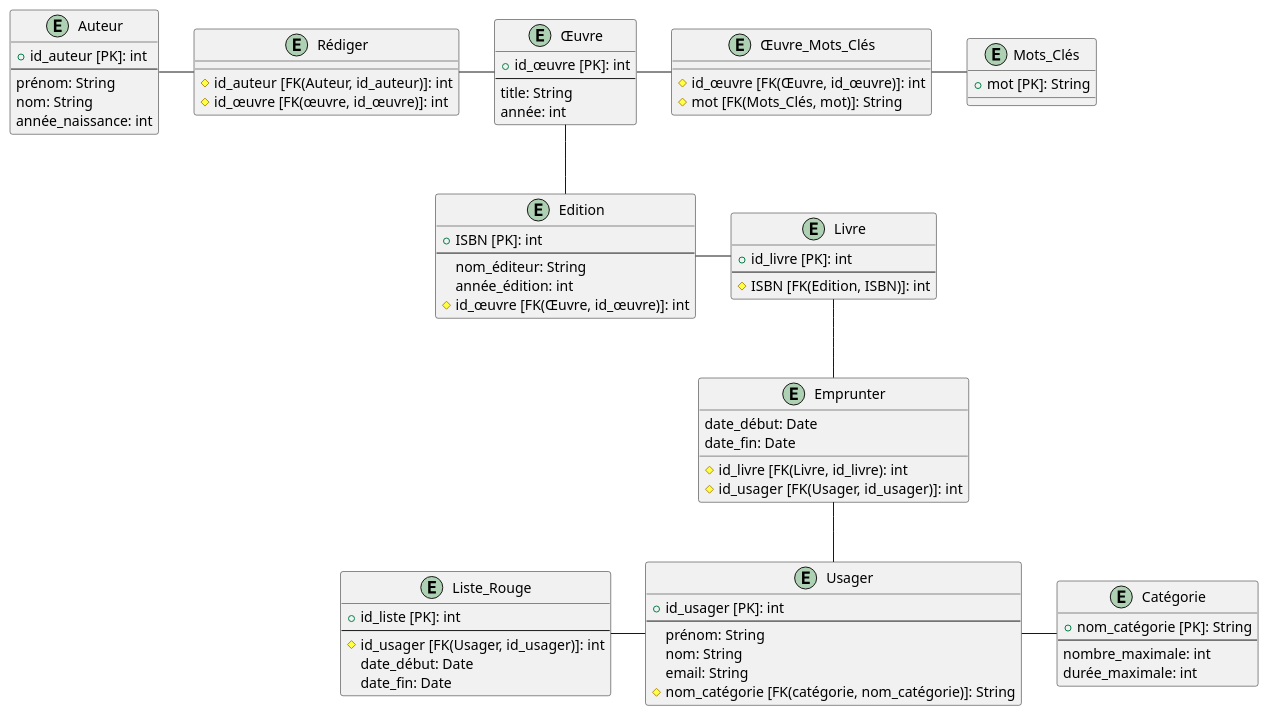
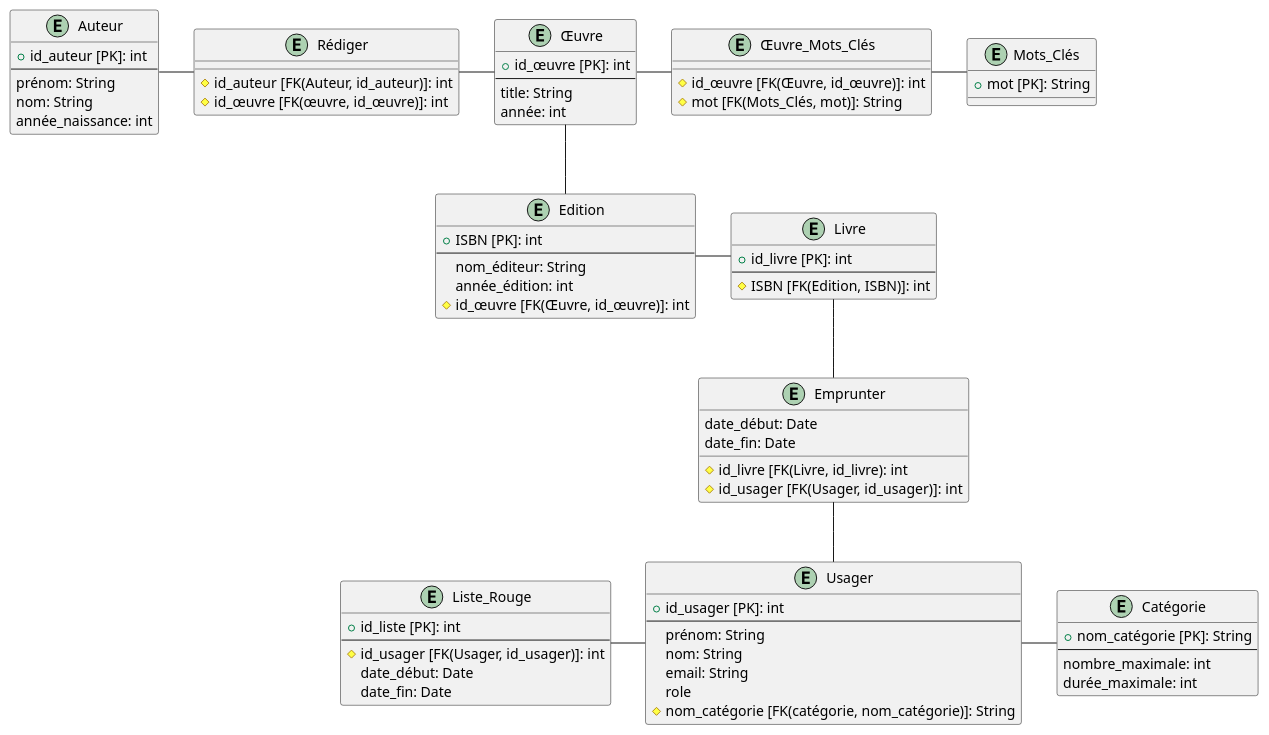
The diagram in Conception/ER.puml (Goodmylife/Library), drawn with PlantUML before and after one commit. The commit also changed 5 other files, not shown here.

```diff
--- a/Conception/ER.puml
+++ b/Conception/ER.puml
@@ -1,93 +1,96 @@
 @startuml
-
+skinparam backgroundColor transparent
 entity Auteur {
     + id_auteur [PK]: int
     --
     prénom: String
     nom: String
     année_naissance: int
 }
 
 entity Rédiger {
     # id_auteur [FK(Auteur, id_auteur)]: int
     # id_œuvre [FK(œuvre, id_œuvre)]: int
 }
 
 
 entity Œuvre {
     + id_œuvre [PK]: int
     --
     title: String
     année: int
 }
 
 entity Œuvre_Mots_Clés {
     # id_œuvre [FK(Œuvre, id_œuvre)]: int
     # mot [FK(Mots_Clés, mot)]: String
 }
 
 entity Mots_Clés {
     + mot [PK]: String
 }
 
 entity Edition {
     + ISBN [PK]: int
     --
     nom_éditeur: String
     année_édition: int
     # id_œuvre [FK(Œuvre, id_œuvre)]: int
 }
 
 entity Livre {
     + id_livre [PK]: int
     --
     # ISBN [FK(Edition, ISBN)]: int
 }
 
 entity Emprunter {
     # id_livre [FK(Livre, id_livre): int
     # id_usager [FK(Usager, id_usager)]: int
     date_début: Date
     date_fin: Date
 }
 
 entity Usager {
     + id_usager [PK]: int
     --
     prénom: String
     nom: String
     email: String
+    role
     # nom_catégorie [FK(catégorie, nom_catégorie)]: String
 }
 
 entity Catégorie {
     + nom_catégorie [PK]: String
     --
     nombre_maximale: int
     durée_maximale: int
 }
 
 entity Liste_Rouge{
     + id_liste [PK]: int
     --
     # id_usager [FK(Usager, id_usager)]: int
     date_début: Date
     date_fin: Date
 }
 
 
+
 Auteur - Rédiger
 Rédiger - Œuvre
 Œuvre - Œuvre_Mots_Clés
 Œuvre_Mots_Clés - Mots_Clés
 Œuvre -- Edition
 Edition -right- Livre
 Livre -- Emprunter
 Emprunter -- Usager
 Usager - Catégorie
 Usager -left- Liste_Rouge
 
 
 
 
+
 @enduml
```
